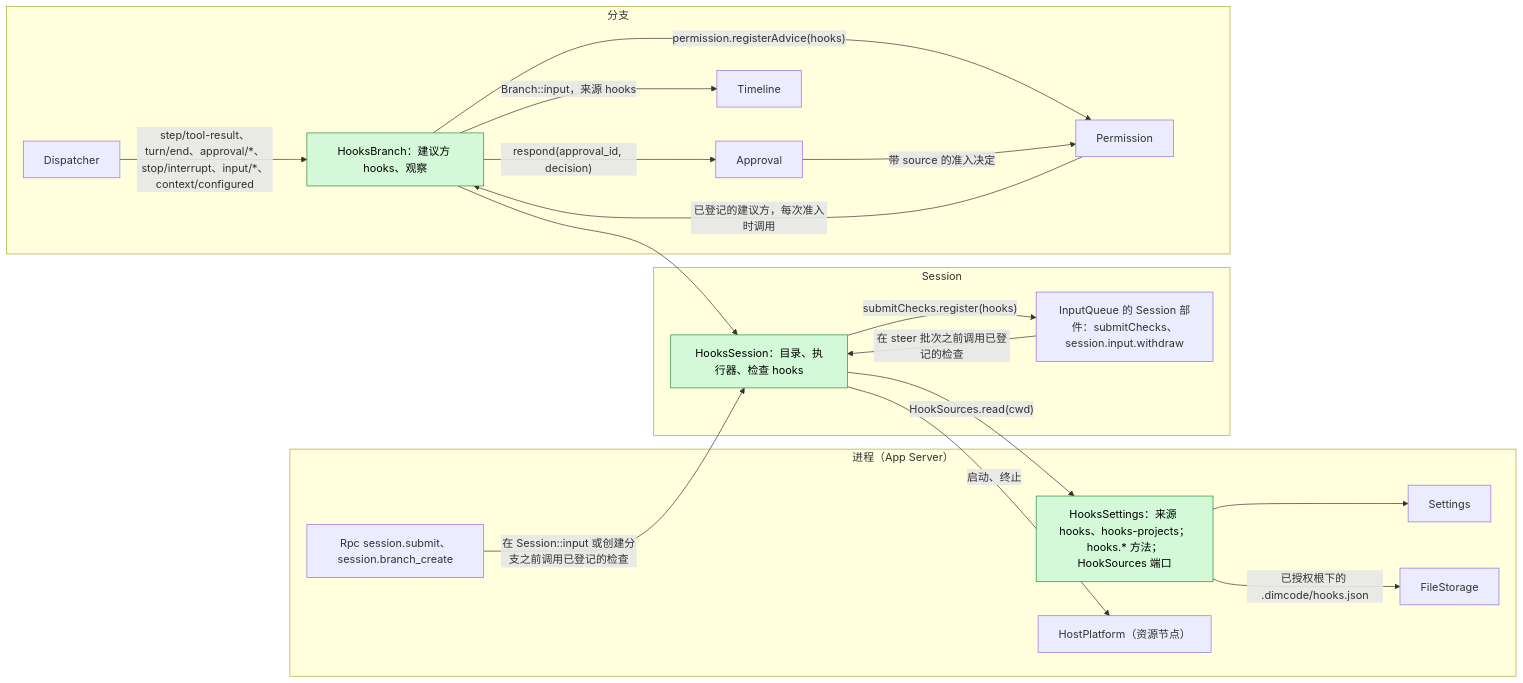
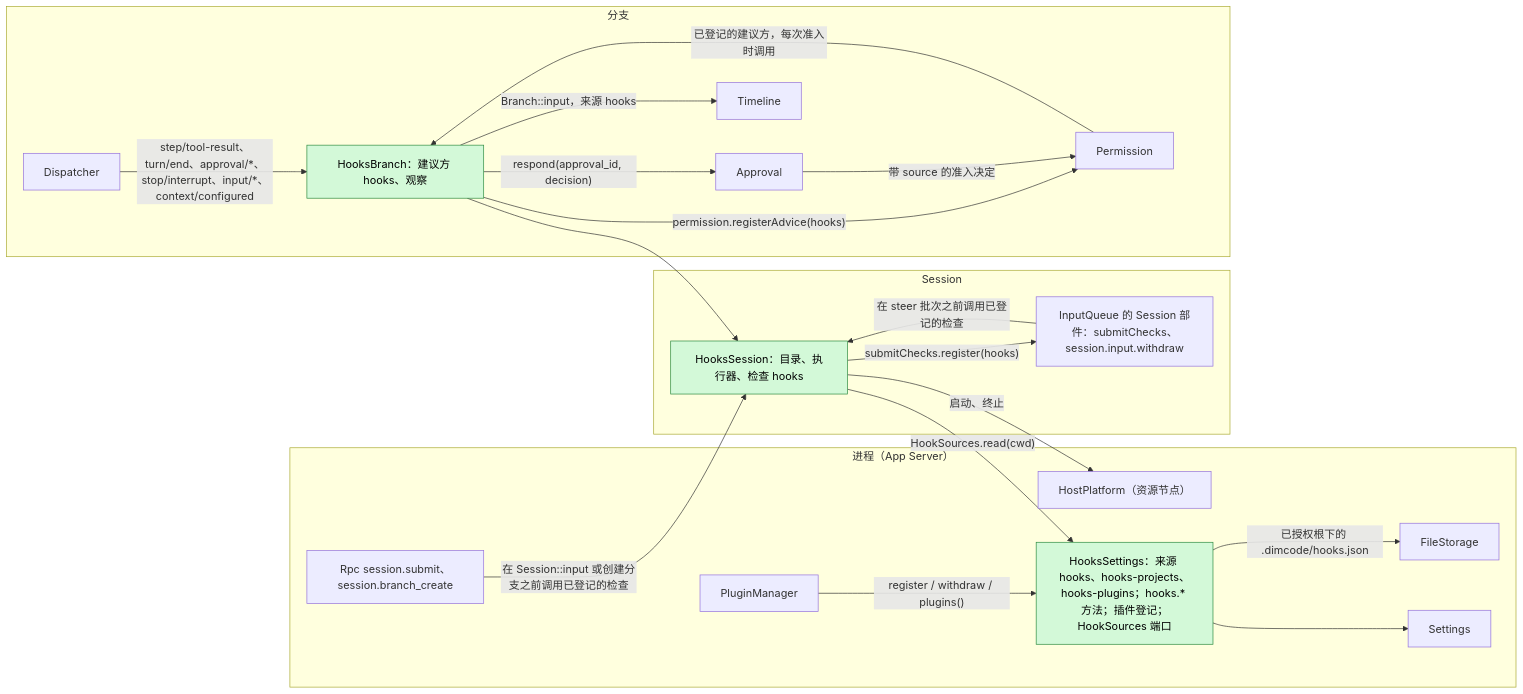
The first of 6 diagrams in docs/zh/design/plugins/Hooks.md (CoutinhoTTS/dim-agent), drawn with Mermaid before and after one commit. The commit also changed other lines of this file and 1 other file, not shown here.

First line of the commit message:
docs(hooks): make the design Ready and settle its open points

````diff
--- a/docs/zh/design/plugins/Hooks.md
+++ b/docs/zh/design/plugins/Hooks.md
@@ -38,36 +38,38 @@
 ```mermaid
 flowchart LR
   subgraph PROC["进程（App Server）"]
-    HSet["HooksSettings：来源 hooks、hooks-projects；hooks.* 方法；HookSources 端口"]:::new
+    HSet["HooksSettings：来源 hooks、hooks-projects、hooks-plugins；hooks.* 方法；插件登记；HookSources 端口"]:::new
+    PMg["PluginManager"]
     Settings["Settings"]
     FS["FileStorage"]
     Rpc["Rpc session.submit、session.branch_create"]
     HP["HostPlatform（资源节点）"]
   end
   subgraph SESS["Session"]
     HS["HooksSession：目录、执行器、检查 hooks"]:::new
     IM["InputQueue 的 Session 部件：submitChecks、session.input.withdraw"]
   end
   subgraph BR["分支"]
     HB["HooksBranch：建议方 hooks、观察"]:::new
     AP["Approval"]
     PM["Permission"]
     TL["Timeline"]
     DP["Dispatcher"]
   end
+  PMg -->|"register / withdraw / plugins()"| HSet
   HSet --> Settings
   HSet -->|"已授权根下的 .dimcode/hooks.json"| FS
   HS -->|"HookSources.read(cwd)"| HSet
   HS -->|"启动、终止"| HP
   HS -->|"submitChecks.register(hooks)"| IM
   Rpc -->|"在 Session::input 或创建分支之前调用已登记的检查"| HS
   IM -->|"在 steer 批次之前调用已登记的检查"| HS
   HB --> HS
   HB -->|"permission.registerAdvice(hooks)"| PM
   AP -->|"带 source 的准入决定"| PM
   PM -->|"已登记的建议方，每次准入时调用"| HB
   HB -->|"respond(approval_id, decision)"| AP
   HB -->|"Branch::input，来源 hooks"| TL
   DP -->|"step/tool-result、turn/end、approval/*、stop/interrupt、input/*、context/configured"| HB
   classDef new fill:#d3f9d8,stroke:#2b8a3e,color:#000
 ```
````
